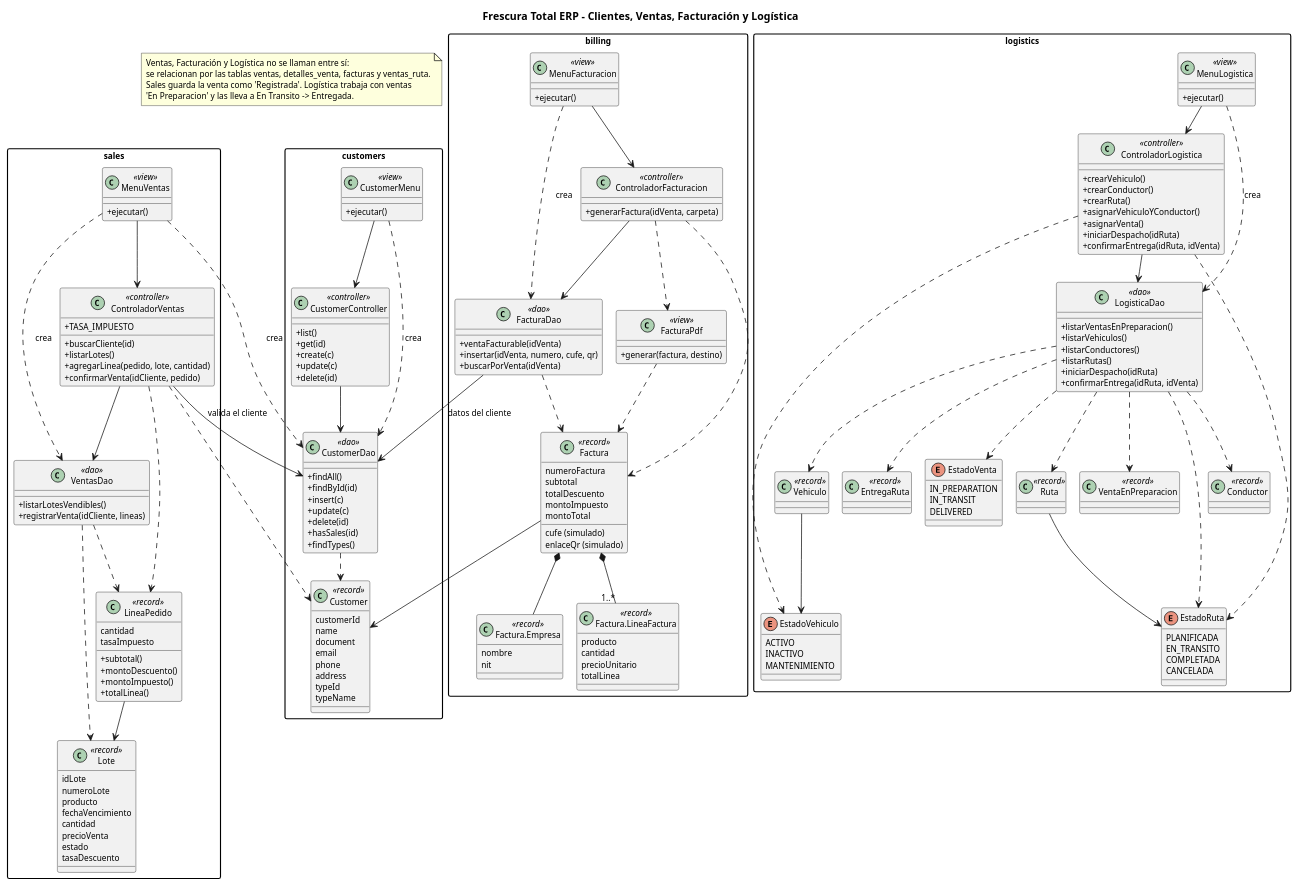
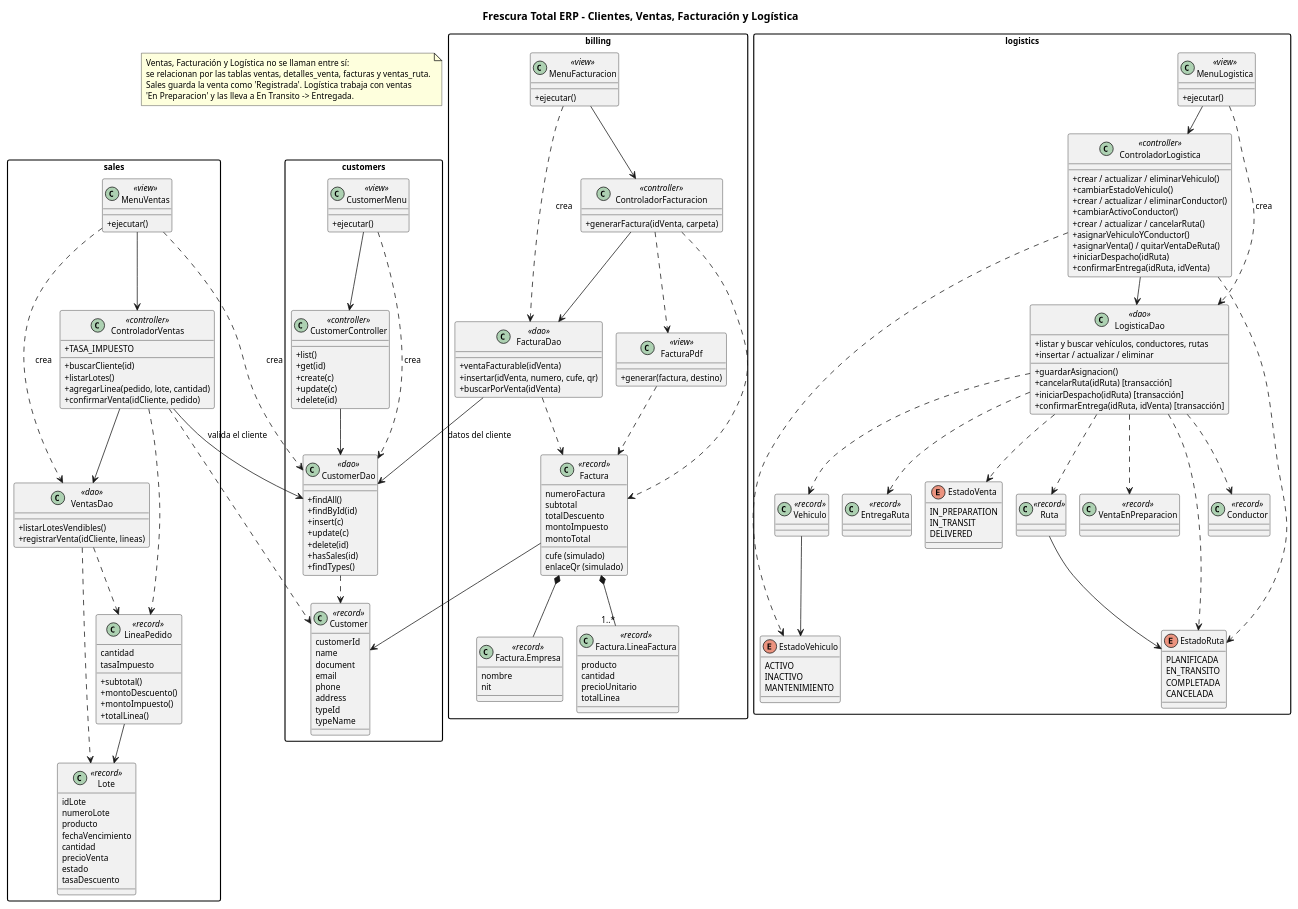
Before and after one commit to SantiagoBecerraV/Simulador_Stock_Tienda_avanzado_Java: the diagram in docs/diagrama_clases.puml, drawn with PlantUML. The commit also changed 1 other file, not shown here.

Commit message:
docs: actualizar diagrama de clases
Refleja las nuevas operaciones de Logística.

```diff
--- a/docs/diagrama_clases.puml
+++ b/docs/diagrama_clases.puml
@@ -118,21 +118,23 @@
     +ejecutar()
   }
   class ControladorLogistica <<controller>> {
-    +crearVehiculo()
-    +crearConductor()
-    +crearRuta()
+    +crear / actualizar / eliminarVehiculo()
+    +cambiarEstadoVehiculo()
+    +crear / actualizar / eliminarConductor()
+    +cambiarActivoConductor()
+    +crear / actualizar / cancelarRuta()
     +asignarVehiculoYConductor()
-    +asignarVenta()
+    +asignarVenta() / quitarVentaDeRuta()
     +iniciarDespacho(idRuta)
     +confirmarEntrega(idRuta, idVenta)
   }
   class LogisticaDao <<dao>> {
-    +listarVentasEnPreparacion()
-    +listarVehiculos()
-    +listarConductores()
-    +listarRutas()
-    +iniciarDespacho(idRuta)
-    +confirmarEntrega(idRuta, idVenta)
+    +listar y buscar vehículos, conductores, rutas
+    +insertar / actualizar / eliminar
+    +guardarAsignacion()
+    +cancelarRuta(idRuta) [transacción]
+    +iniciarDespacho(idRuta) [transacción]
+    +confirmarEntrega(idRuta, idVenta) [transacción]
   }
   class VentaEnPreparacion <<record>>
   class Vehiculo <<record>>
```
